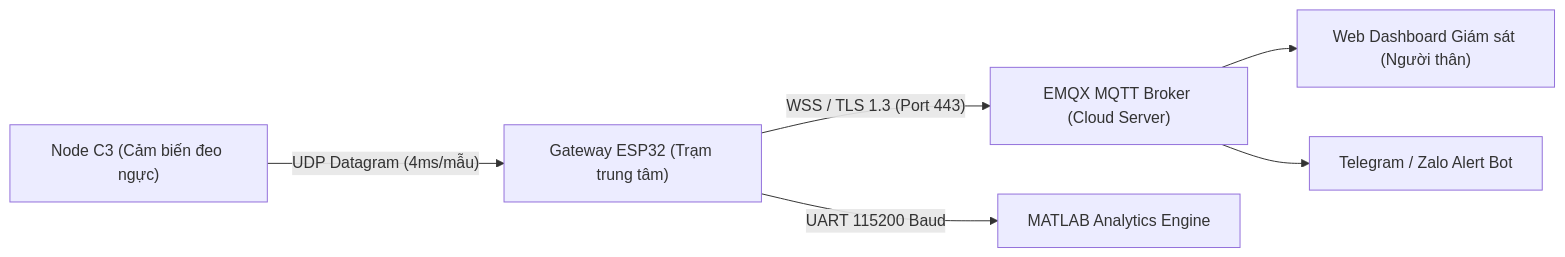
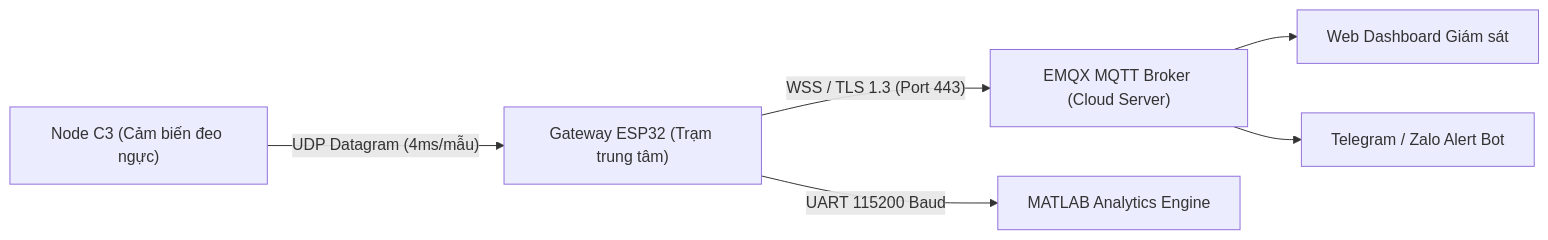
The first of 4 diagrams in SYSTEM_ARCHITECTURE.md (tsbyinchei/IoMT-ECG-FallDetection), drawn with Mermaid before and after one commit. The commit also changed other lines of this file and 8 other files, not shown here.

````diff
--- a/SYSTEM_ARCHITECTURE.md
+++ b/SYSTEM_ARCHITECTURE.md
@@ -38,8 +39,8 @@
 ```mermaid
 flowchart LR
     A["Node C3 (Cảm biến đeo ngực)"] -->|"UDP Datagram (4ms/mẫu)"| B["Gateway ESP32 (Trạm trung tâm)"]
     B -->|"WSS / TLS 1.3 (Port 443)"| C["EMQX MQTT Broker (Cloud Server)"]
-    C --> D["Web Dashboard Giám sát (Người thân)"]
+    C --> D["Web Dashboard Giám sát"]
     C --> E["Telegram / Zalo Alert Bot"]
     B -->|"UART 115200 Baud"| F["MATLAB Analytics Engine"]
 ```
````
